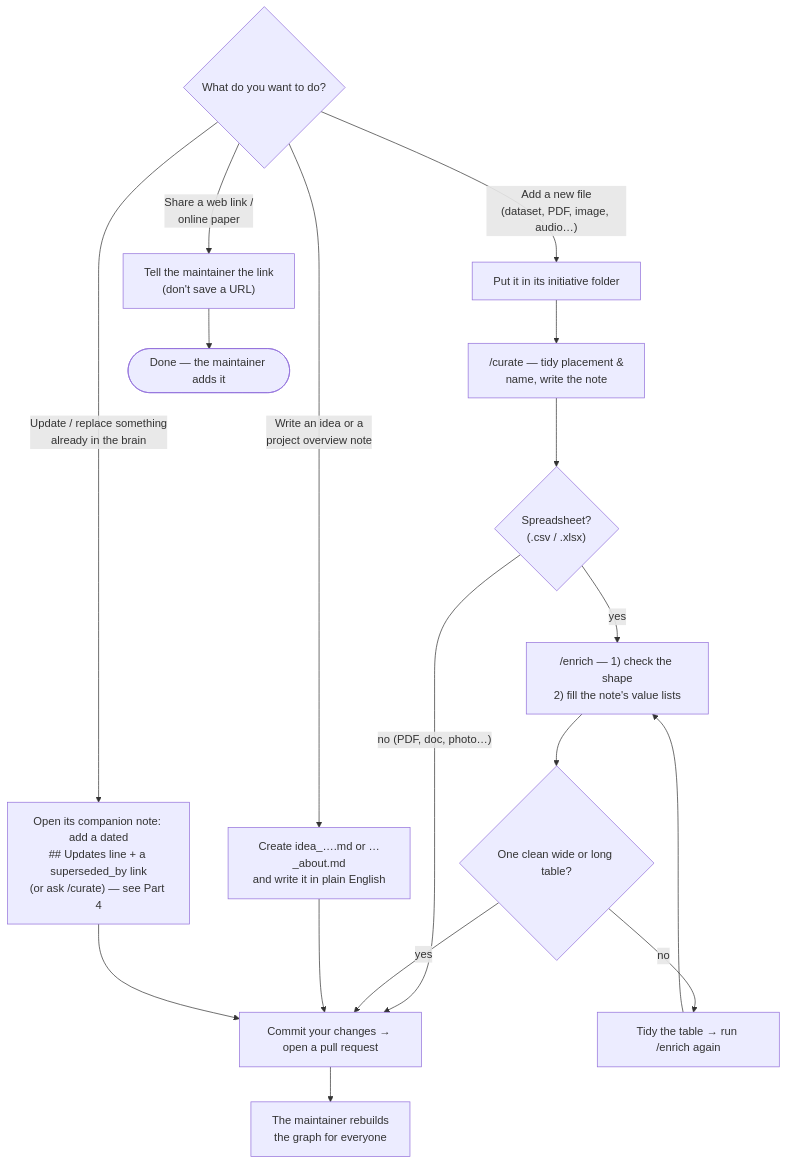
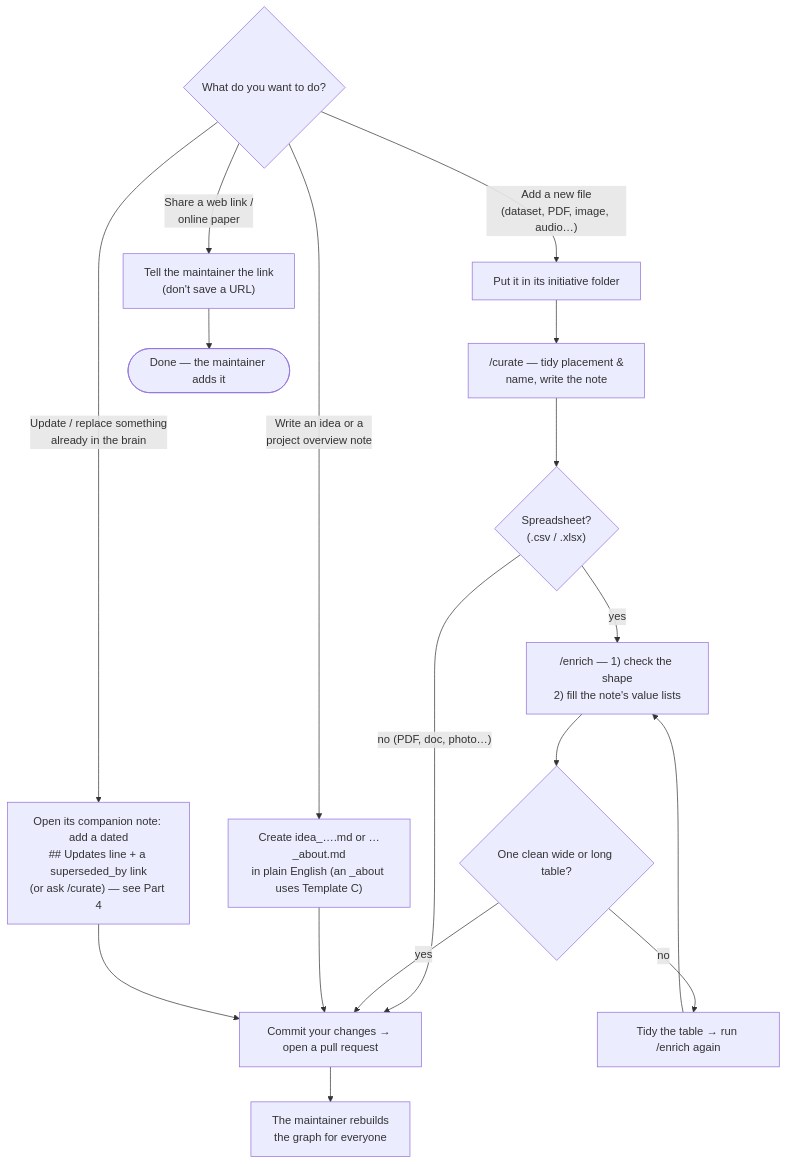
One commit to WorldFishCenter/WDB changed the diagram in USER_GUIDE.md. Above: the diagram before and after it, drawn with Mermaid. The commit also changed other lines of this file and 18 other files, not shown here.

````diff
--- a/USER_GUIDE.md
+++ b/USER_GUIDE.md
@@ -71,21 +71,21 @@
 ```mermaid
 flowchart TD
   S{"What do you want to do?"}
   S -- "Add a new file<br/>(dataset, PDF, image, audio…)" --> A[Put it in its initiative folder]
-  S -- "Write an idea or a<br/>project overview note" --> N["Create idea_….md or …_about.md<br/>and write it in plain English"]
+  S -- "Write an idea or a<br/>project overview note" --> N["Create idea_….md or …_about.md<br/>in plain English (an _about uses Template C)"]
   S -- "Share a web link /<br/>online paper" --> L["Tell the maintainer the link<br/>(don't save a URL)"]
   S -- "Update / replace something<br/>already in the brain" --> U["Open its companion note: add a dated<br/>## Updates line + a superseded_by link<br/>(or ask /curate) — see Part 4"]
 
   A --> B["/curate — tidy placement &<br/>name, write the note"]
   B --> C{"Spreadsheet?<br/>(.csv / .xlsx)"}
   C -- "no (PDF, doc, photo…)" --> G[Commit your changes → open a pull request]
   C -- "yes" --> D["/enrich — 1) check the shape<br/>2) fill the note's value lists"]
   D --> E{One clean wide or long table?}
   E -- "no" --> F[Tidy the table → run /enrich again]
   F --> D
   E -- "yes" --> G
   N --> G
   U --> G
   L --> Z([Done — the maintainer adds it])
   G --> H["The maintainer rebuilds<br/>the graph for everyone"]
 ```
````
